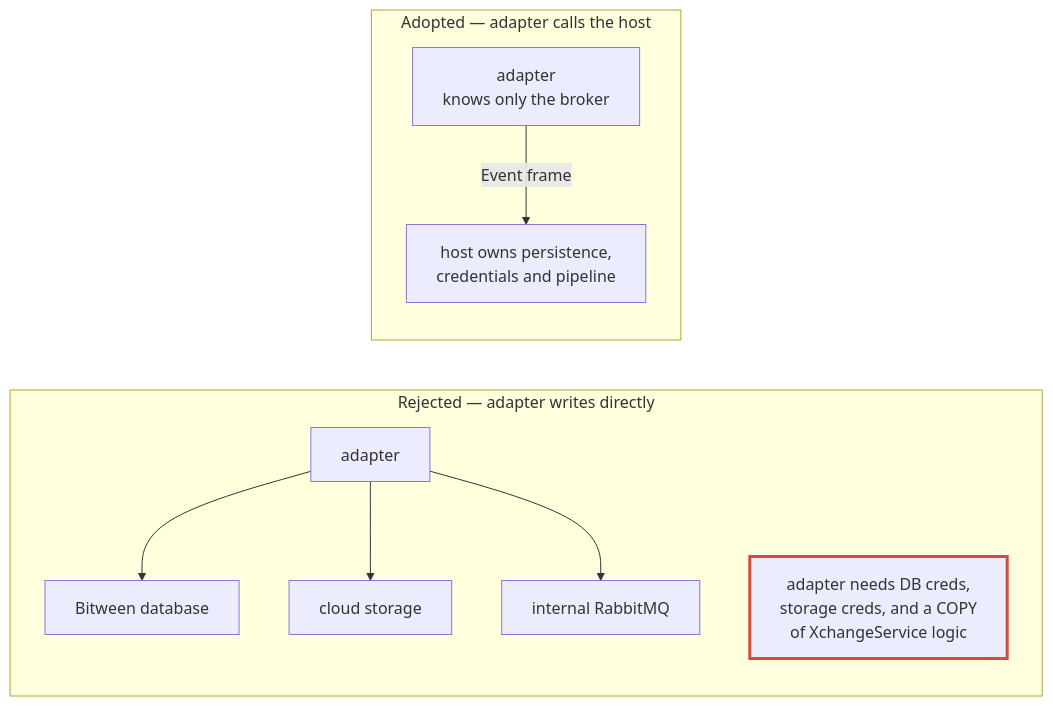
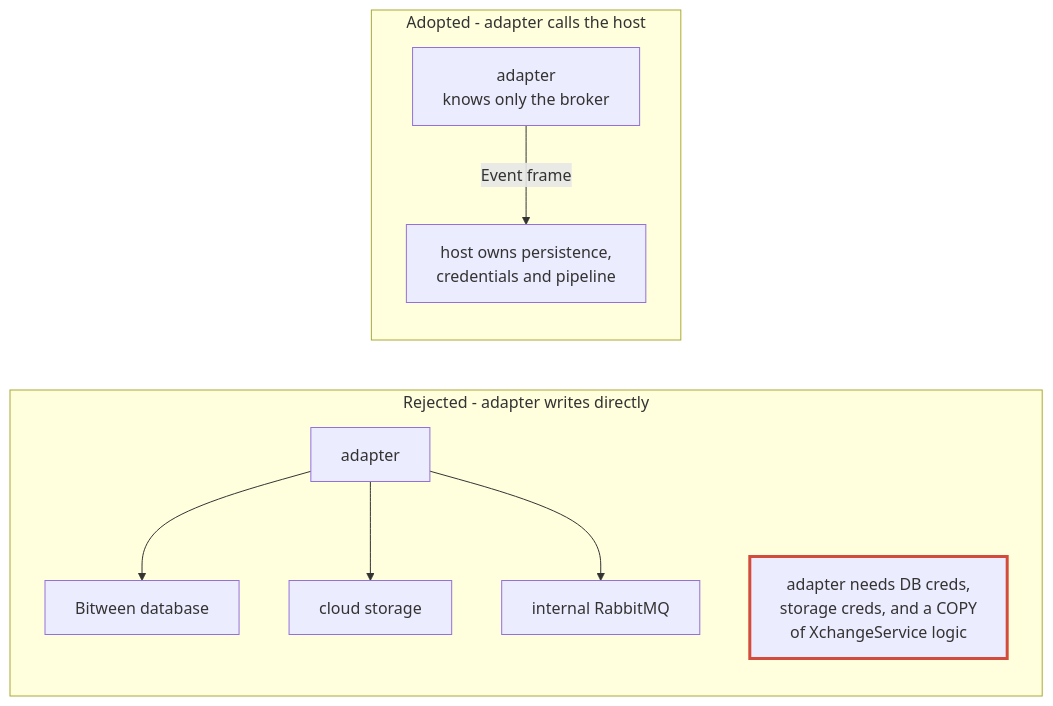
One commit to simplify9/Bitween-api changed the ninth of 34 diagrams in docs/design/resident-adapters-design.md. Above: the diagram before and after it, drawn with Mermaid. The commit also changed other lines of this file and 768 other files, not shown here.

````diff
--- a/docs/design/resident-adapters-design.md
+++ b/docs/design/resident-adapters-design.md
@@ -394,13 +394,13 @@
 ```mermaid
 flowchart LR
-    subgraph BAD["Rejected — adapter writes directly"]
+    subgraph BAD["Rejected - adapter writes directly"]
         A1["adapter"] --> DB1["Bitween database"]
         A1 --> S1["cloud storage"]
         A1 --> BUS1["internal RabbitMQ"]
         X["adapter needs DB creds,<br/>storage creds, and a COPY<br/>of XchangeService logic"]
     end
-    subgraph GOOD["Adopted — adapter calls the host"]
+    subgraph GOOD["Adopted - adapter calls the host"]
         A2["adapter<br/>knows only the broker"] -->|Event frame| H2["host owns persistence,<br/>credentials and pipeline"]
     end
     style X stroke:#d24b3c,stroke-width:3px
 ```
````
